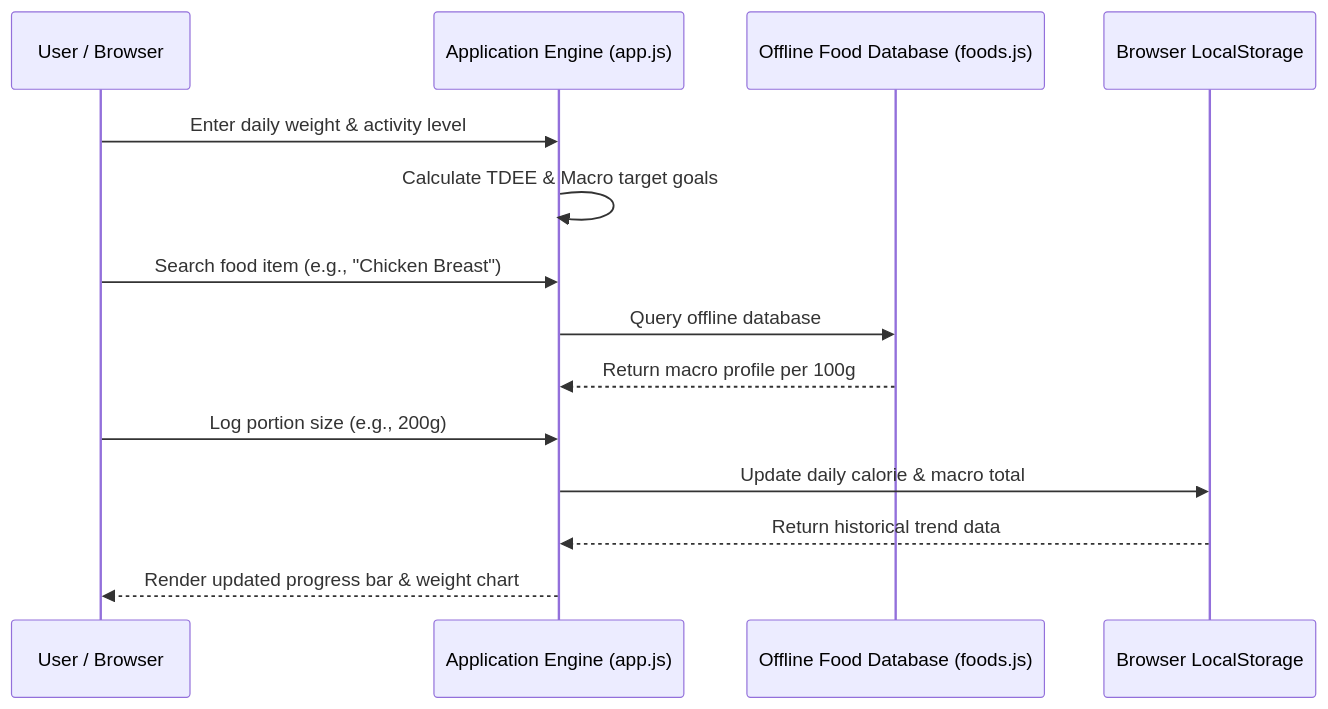
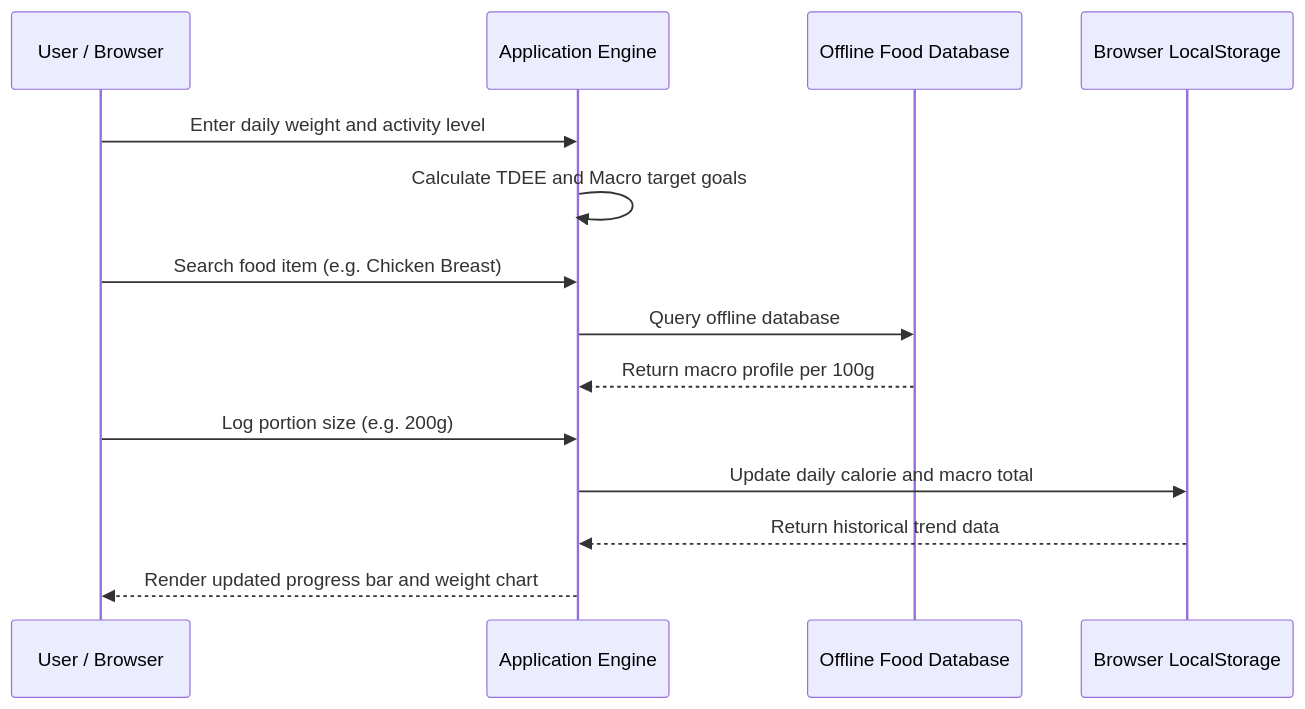
One commit to siddarth1872004/NutriTrack changed the second of 2 diagrams in README.md. Above: the diagram before and after it, drawn with Mermaid. The commit also changed other lines of this file, not shown here.

Commit message:
fix: quote Mermaid node labels to fix GitHub diagram rendering

````diff
--- a/README.md
+++ b/README.md
@@ -43,17 +54,17 @@
 ```mermaid
 sequenceDiagram
     participant User as User / Browser
-    participant App as Application Engine (app.js)
-    participant FoodDB as Offline Food Database (foods.js)
+    participant App as Application Engine
+    participant FoodDB as Offline Food Database
     participant Storage as Browser LocalStorage
 
-    User->>App: Enter daily weight & activity level
-    App->>App: Calculate TDEE & Macro target goals
-    User->>App: Search food item (e.g., "Chicken Breast")
+    User->>App: Enter daily weight and activity level
+    App->>App: Calculate TDEE and Macro target goals
+    User->>App: Search food item (e.g. Chicken Breast)
     App->>FoodDB: Query offline database
     FoodDB-->>App: Return macro profile per 100g
-    User->>App: Log portion size (e.g., 200g)
-    App->>Storage: Update daily calorie & macro total
+    User->>App: Log portion size (e.g. 200g)
+    App->>Storage: Update daily calorie and macro total
     Storage-->>App: Return historical trend data
-    App-->>User: Render updated progress bar & weight chart
+    App-->>User: Render updated progress bar and weight chart
 ```
````
